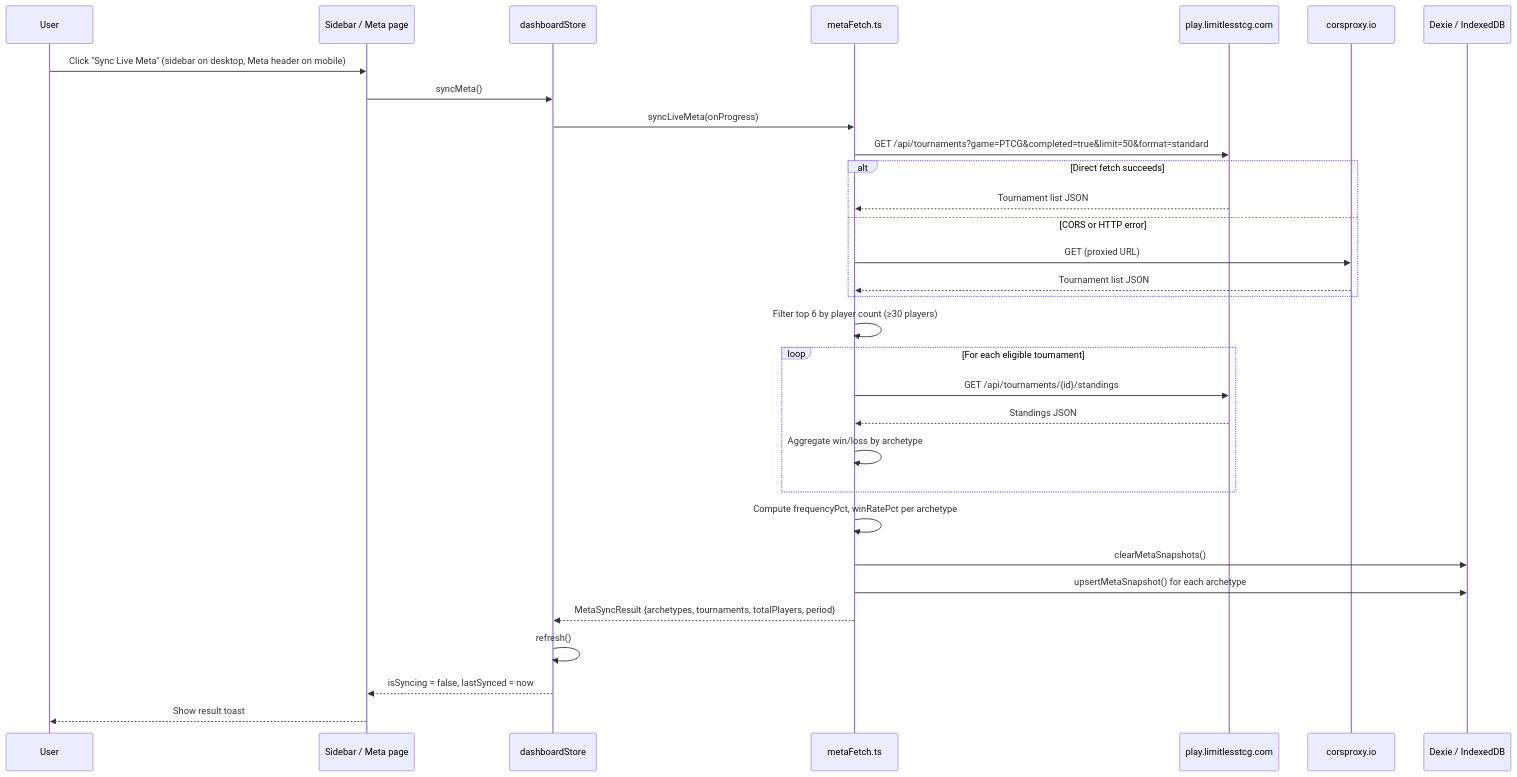
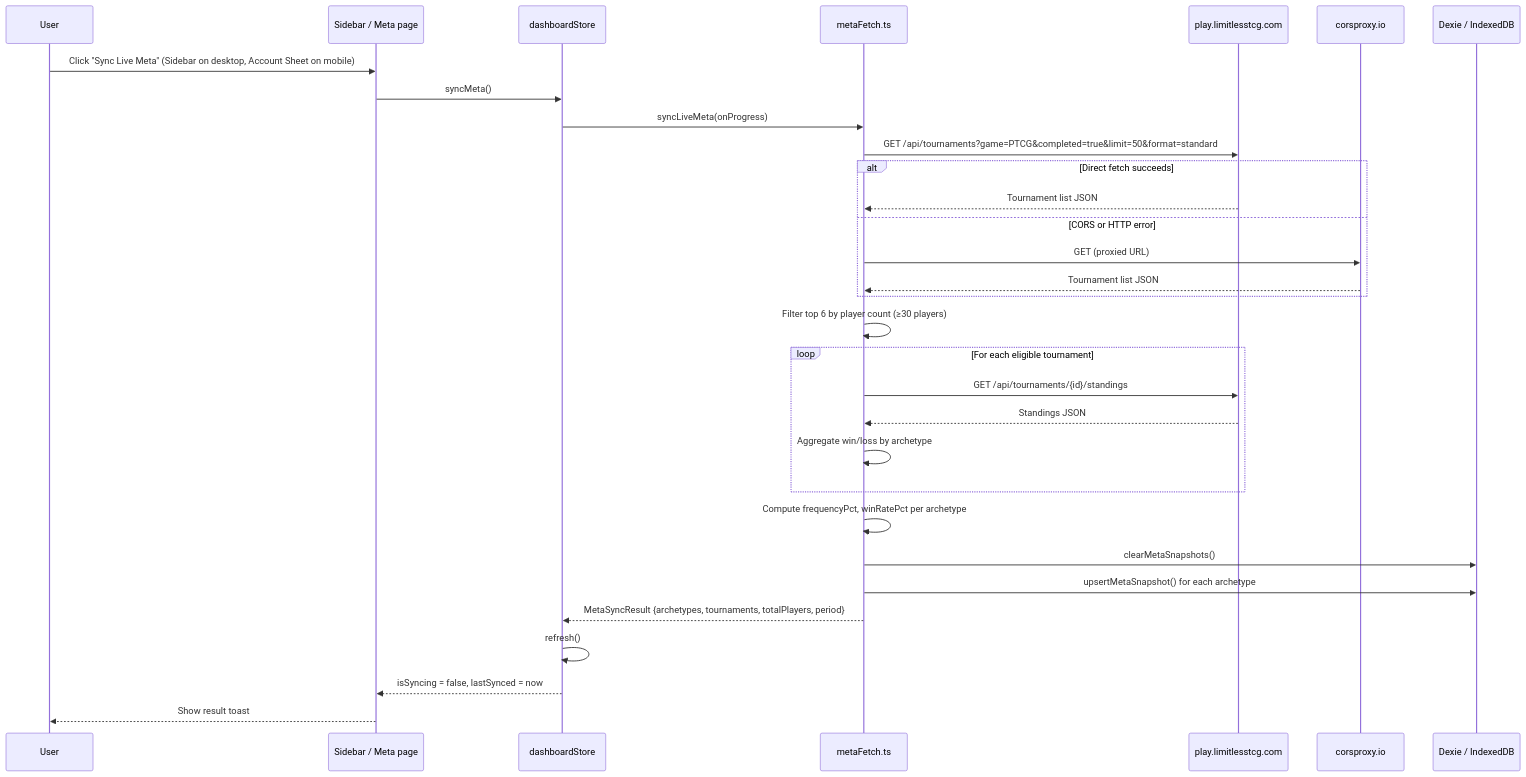
One commit to konradthiemann/Pokekon changed the fourth of 16 diagrams in docs/data-flow.md. Above: the diagram before and after it, drawn with Mermaid. The commit also changed 25 other files, not shown here.

````diff
--- a/docs/data-flow.md
+++ b/docs/data-flow.md
@@ -136,34 +136,34 @@
 ```mermaid
 sequenceDiagram
     participant User
     participant UI as Sidebar / Meta page
     participant Store as dashboardStore
     participant MetaFetch as metaFetch.ts
     participant Limitless as play.limitlesstcg.com
     participant CORSProxy as corsproxy.io
     participant DB as Dexie / IndexedDB
 
-    User->>UI: Click "Sync Live Meta" (sidebar on desktop, Meta header on mobile)
+    User->>UI: Click "Sync Live Meta" (Sidebar on desktop, Account Sheet on mobile)
     UI->>Store: syncMeta()
     Store->>MetaFetch: syncLiveMeta(onProgress)
     MetaFetch->>Limitless: GET /api/tournaments?game=PTCG&completed=true&limit=50&format=standard
     alt Direct fetch succeeds
         Limitless-->>MetaFetch: Tournament list JSON
     else CORS or HTTP error
         MetaFetch->>CORSProxy: GET (proxied URL)
         CORSProxy-->>MetaFetch: Tournament list JSON
     end
     MetaFetch->>MetaFetch: Filter top 6 by player count (≥30 players)
     loop For each eligible tournament
         MetaFetch->>Limitless: GET /api/tournaments/{id}/standings
         Limitless-->>MetaFetch: Standings JSON
         MetaFetch->>MetaFetch: Aggregate win/loss by archetype
     end
     MetaFetch->>MetaFetch: Compute frequencyPct, winRatePct per archetype
     MetaFetch->>DB: clearMetaSnapshots()
     MetaFetch->>DB: upsertMetaSnapshot() for each archetype
     MetaFetch-->>Store: MetaSyncResult {archetypes, tournaments, totalPlayers, period}
     Store->>Store: refresh()
     Store-->>UI: isSyncing = false, lastSynced = now
     UI-->>User: Show result toast
 ```
````
